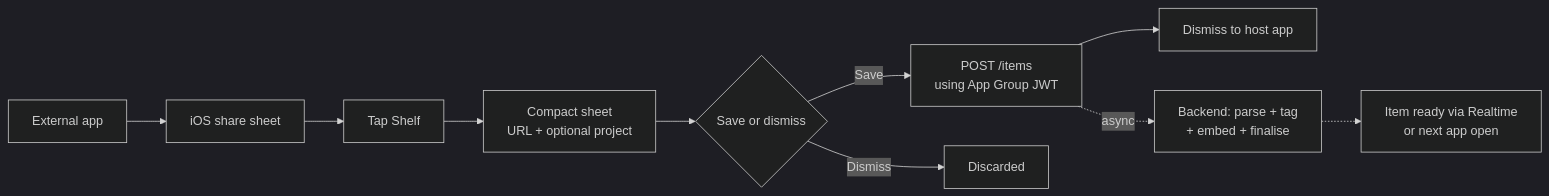
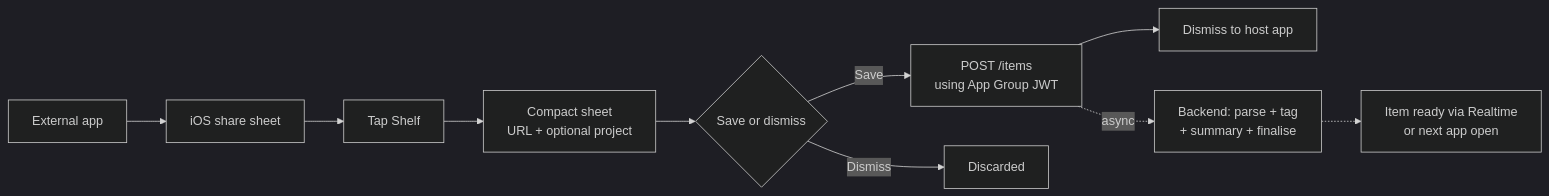
One commit to ansharora1810/shelf changed the second of 4 diagrams in .claude/prd/PRD.md. Above: the diagram before and after it, drawn with Mermaid (dark theme). The commit also changed other lines of this file and 1 other file, not shown here.

````diff
--- a/.claude/prd/PRD.md
+++ b/.claude/prd/PRD.md
@@ -341,12 +346,12 @@
 ```mermaid
 flowchart LR
   A[External app] --> B[iOS share sheet]
   B --> C[Tap Shelf]
   C --> D[Compact sheet\nURL + optional project]
   D --> E{Save or dismiss}
   E -->|Save| F[POST /items\nusing App Group JWT]
   E -->|Dismiss| G[Discarded]
   F --> H[Dismiss to host app]
-  F -.async.-> I[Backend: parse + tag\n+ embed + finalise]
+  F -.async.-> I[Backend: parse + tag\n+ summary + finalise]
   I -.-> J[Item ready via Realtime\nor next app open]
 ```
````
